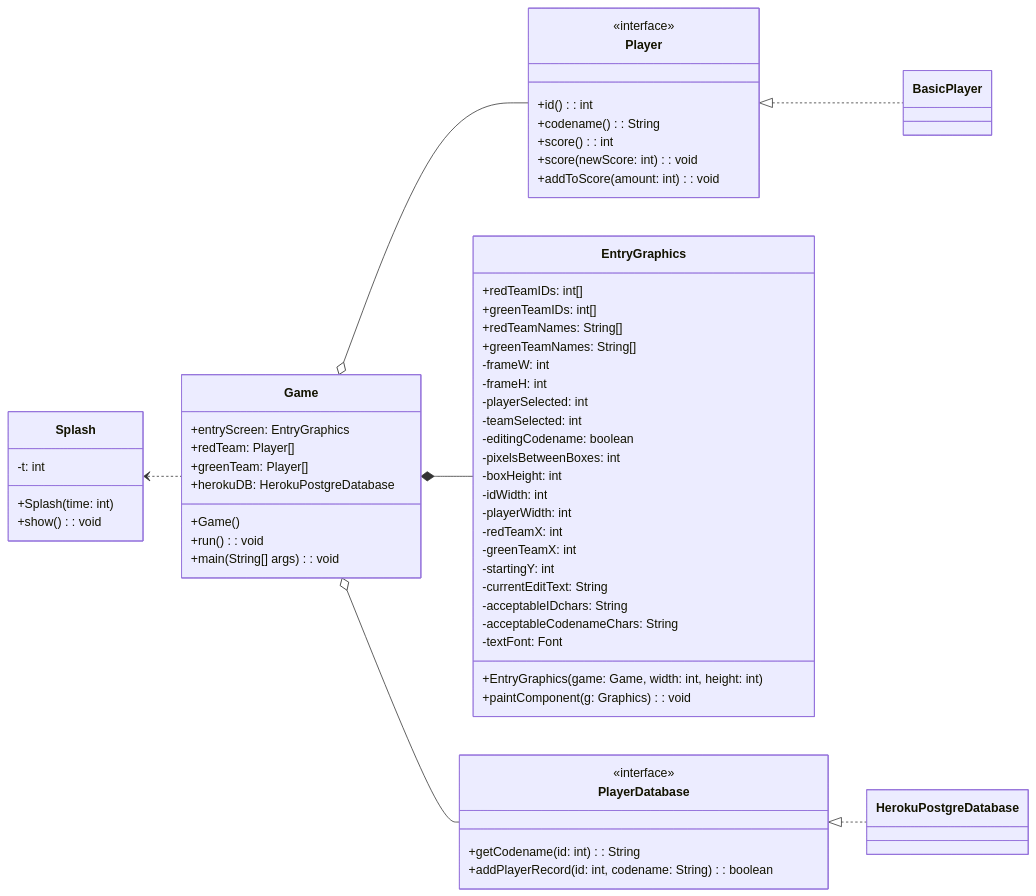
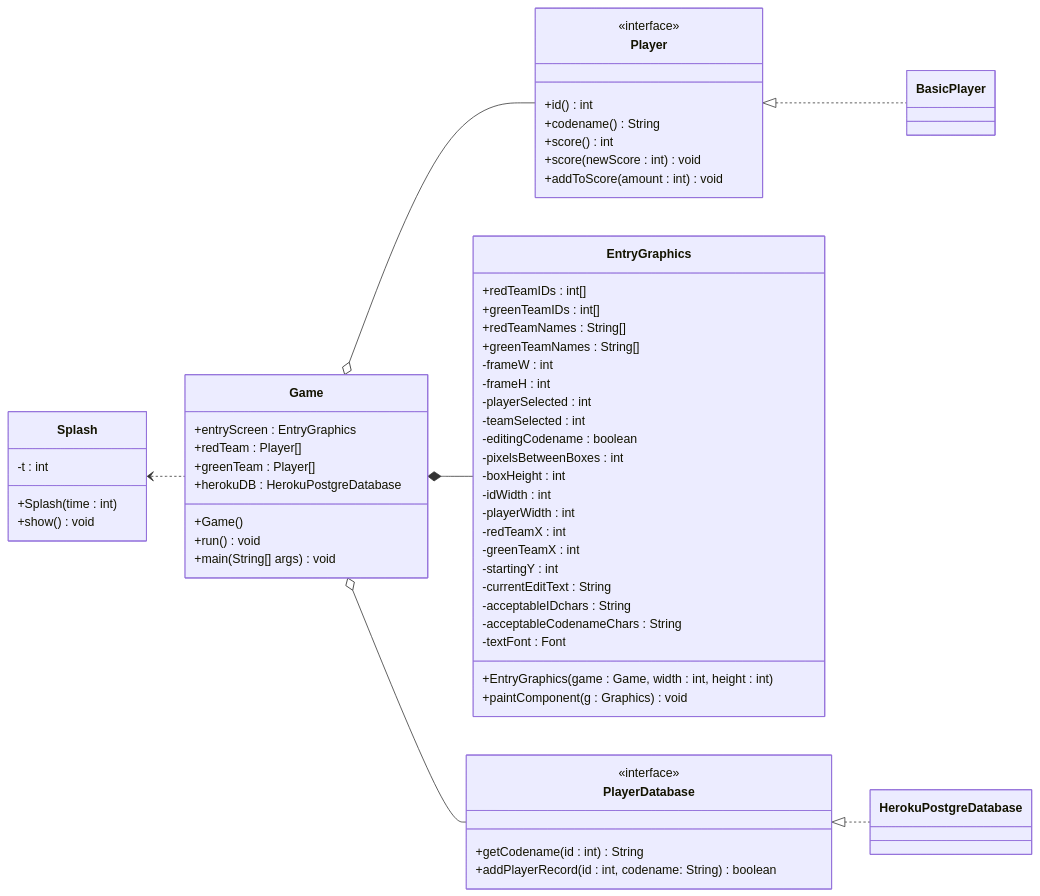
Before and after one commit to UArk-CSCE-3513-2022-Fall-Team-01/Photon: the diagram in class-diagram.md, drawn with Mermaid.

Commit message:
Fix more formatting issues on class diagram

````diff
--- a/class-diagram.md
+++ b/class-diagram.md
@@ -5,66 +5,66 @@
 ```mermaid
 classDiagram-v2
     direction LR
     Game o-- Player
     Game *-- EntryGraphics
     Game o-- PlayerDatabase
     Splash <.. Game
     Player <|.. BasicPlayer
     PlayerDatabase <|.. HerokuPostgreDatabase
 
     class Game {
-        +entryScreen: EntryGraphics
-        +redTeam: Player[]
-        +greenTeam: Player[]
-        +herokuDB: HerokuPostgreDatabase
+        +entryScreen : EntryGraphics
+        +redTeam : Player[]
+        +greenTeam : Player[]
+        +herokuDB : HerokuPostgreDatabase
         +Game()
-        +run(): void
-        +main(String[] args): void
+        +run() void
+        +main(String[] args) void
     }
 
     class Player {
         <<interface>>
-        +id(): int
-        +codename(): String
-        +score(): int
-        +score(newScore: int): void
-        +addToScore(amount: int): void
+        +id() int
+        +codename() String
+        +score() int
+        +score(newScore : int) void
+        +addToScore(amount : int) void
     }
 
     class PlayerDatabase {
         <<interface>>
-        +getCodename(id: int): String
-        +addPlayerRecord(id: int, codename: String): boolean
+        +getCodename(id : int) String
+        +addPlayerRecord(id : int, codename: String) boolean
     }
 
     class Splash {
-        -t: int
-        +Splash(time: int)
-        +show(): void
+        -t : int
+        +Splash(time : int)
+        +show() void
     }
 
     class EntryGraphics {
-        +redTeamIDs: int[]
-        +greenTeamIDs: int[]
-        +redTeamNames: String[]
-        +greenTeamNames: String[]
-        -frameW: int
-        -frameH: int
-        -playerSelected: int
-        -teamSelected: int
-        -editingCodename: boolean
-        -pixelsBetweenBoxes: int
-        -boxHeight: int
-        -idWidth: int
-        -playerWidth: int
-        -redTeamX: int
-        -greenTeamX: int
-        -startingY: int
-        -currentEditText: String
-        -acceptableIDchars: String
-        -acceptableCodenameChars: String
-        -textFont: Font
-        +EntryGraphics(game: Game, width: int, height: int)
-        +paintComponent(g: Graphics): void
+        +redTeamIDs : int[]
+        +greenTeamIDs : int[]
+        +redTeamNames : String[]
+        +greenTeamNames : String[]
+        -frameW : int
+        -frameH : int
+        -playerSelected : int
+        -teamSelected : int
+        -editingCodename : boolean
+        -pixelsBetweenBoxes : int
+        -boxHeight : int
+        -idWidth : int
+        -playerWidth : int
+        -redTeamX : int
+        -greenTeamX : int
+        -startingY : int
+        -currentEditText : String
+        -acceptableIDchars : String
+        -acceptableCodenameChars : String
+        -textFont : Font
+        +EntryGraphics(game : Game, width : int, height : int)
+        +paintComponent(g : Graphics) void
     }
 ```
````
